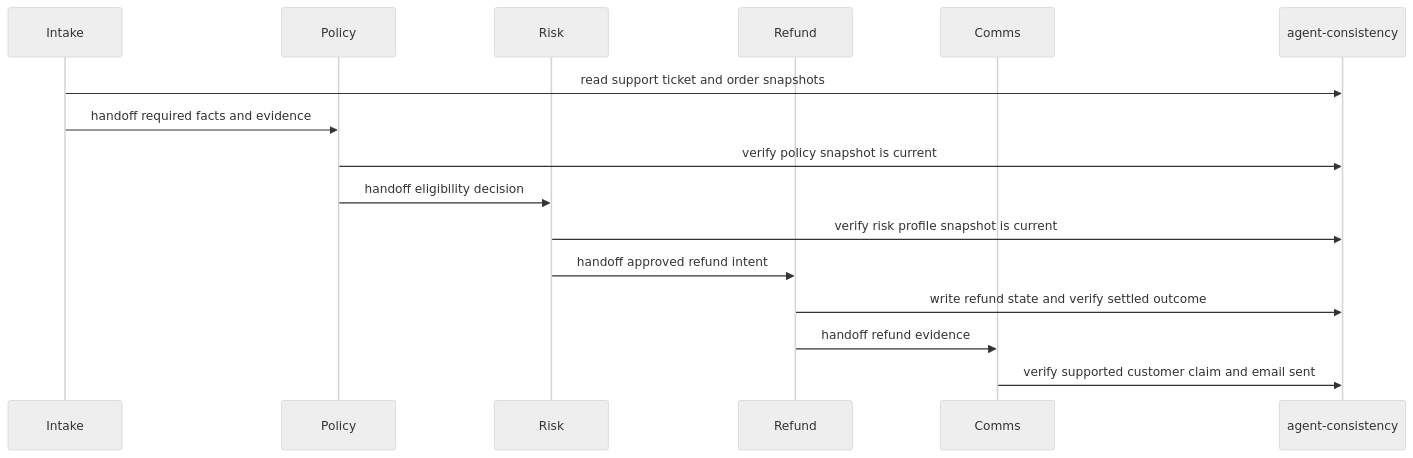
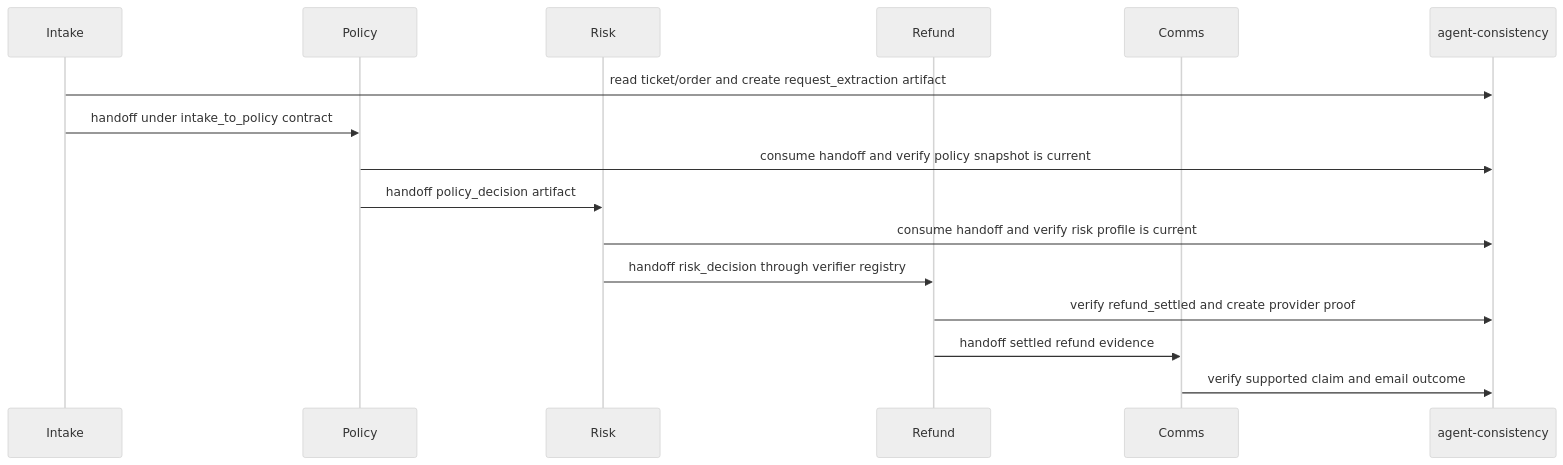
The diagram in README.md (karimbaidar/agent-consistency-refund-demo), drawn with Mermaid (neutral theme) before and after one commit. The commit also changed other lines of this file and 13 other files, not shown here.

````diff
--- a/README.md
+++ b/README.md
@@ -119,19 +143,19 @@
 ```mermaid
 sequenceDiagram
     participant Intake
     participant Policy
     participant Risk
     participant Refund
     participant Comms
     participant AC as agent-consistency
 
-    Intake->>AC: read support ticket and order snapshots
-    Intake->>Policy: handoff required facts and evidence
-    Policy->>AC: verify policy snapshot is current
-    Policy->>Risk: handoff eligibility decision
-    Risk->>AC: verify risk profile snapshot is current
-    Risk->>Refund: handoff approved refund intent
-    Refund->>AC: write refund state and verify settled outcome
-    Refund->>Comms: handoff refund evidence
-    Comms->>AC: verify supported customer claim and email sent
+    Intake->>AC: read ticket/order and create request_extraction artifact
+    Intake->>Policy: handoff under intake_to_policy contract
+    Policy->>AC: consume handoff and verify policy snapshot is current
+    Policy->>Risk: handoff policy_decision artifact
+    Risk->>AC: consume handoff and verify risk profile is current
+    Risk->>Refund: handoff risk_decision through verifier registry
+    Refund->>AC: verify refund_settled and create provider proof
+    Refund->>Comms: handoff settled refund evidence
+    Comms->>AC: verify supported claim and email outcome
 ```
````
